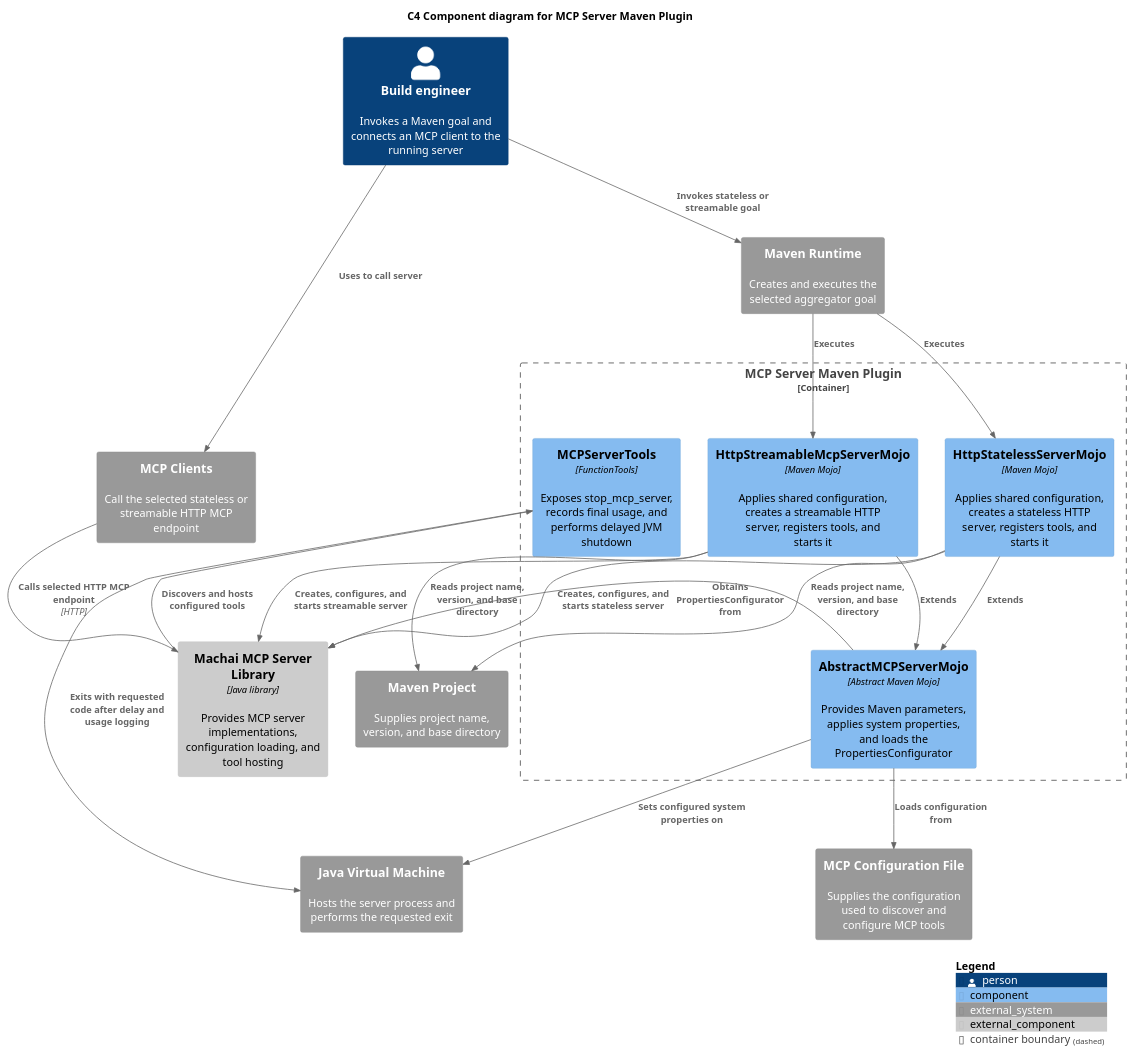
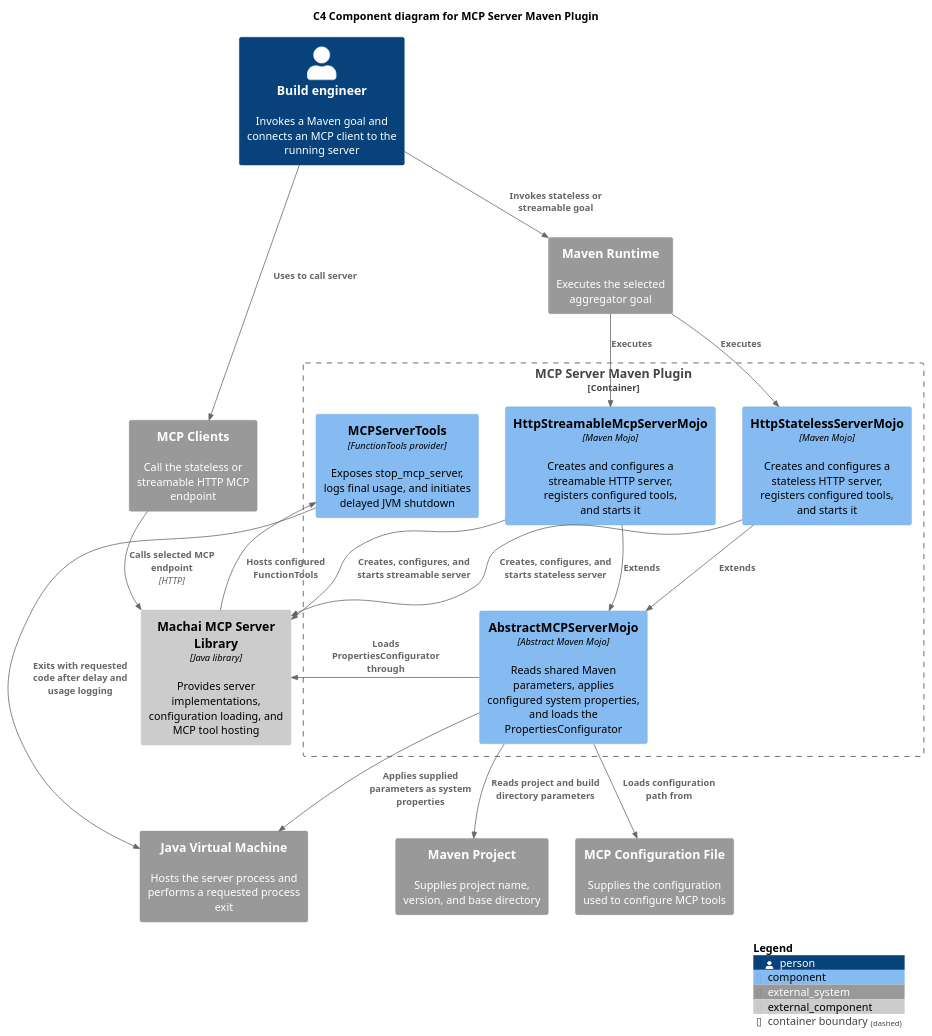
Before and after one commit to machanism-org/mcp-server-maven-plugin: the diagram in src/site/puml/c4-diagram.puml, drawn with PlantUML.

Commit message:
docs: clarify C4 component diagram responsibilities
The diagram now shows each Mojo reading Maven project metadata and identifies the MCP library as the host for the configured FunctionTools.

```diff
--- a/src/site/puml/c4-diagram.puml
+++ b/src/site/puml/c4-diagram.puml
@@ -10,40 +10,39 @@
 @startuml
 !includeurl https://raw.githubusercontent.com/plantuml-stdlib/C4-PlantUML/master/C4_Component.puml
 
 LAYOUT_TOP_DOWN()
 title C4 Component diagram for MCP Server Maven Plugin
 
 Person(developer, "Build engineer", "Invokes a Maven goal and connects an MCP client to the running server")
-System_Ext(maven, "Maven Runtime", "Creates and executes the selected aggregator goal")
+System_Ext(maven, "Maven Runtime", "Executes the selected aggregator goal")
 System_Ext(mavenProject, "Maven Project", "Supplies project name, version, and base directory")
-System_Ext(mcpConfigFile, "MCP Configuration File", "Supplies the configuration used to discover and configure MCP tools")
-System_Ext(mcpClients, "MCP Clients", "Call the selected stateless or streamable HTTP MCP endpoint")
-Component_Ext(mcpLibrary, "Machai MCP Server Library", "Java library", "Provides MCP server implementations, configuration loading, and tool hosting")
-System_Ext(jvm, "Java Virtual Machine", "Hosts the server process and performs the requested exit")
+System_Ext(mcpConfigFile, "MCP Configuration File", "Supplies the configuration used to configure MCP tools")
+System_Ext(mcpClients, "MCP Clients", "Call the stateless or streamable HTTP MCP endpoint")
+Component_Ext(mcpLibrary, "Machai MCP Server Library", "Java library", "Provides server implementations, configuration loading, and MCP tool hosting")
+System_Ext(jvm, "Java Virtual Machine", "Hosts the server process and performs a requested process exit")
 
 Container_Boundary(plugin, "MCP Server Maven Plugin") {
-  Component(statelessMojo, "HttpStatelessServerMojo", "Maven Mojo", "Applies shared configuration, creates a stateless HTTP server, registers tools, and starts it")
-  Component(streamableMojo, "HttpStreamableMcpServerMojo", "Maven Mojo", "Applies shared configuration, creates a streamable HTTP server, registers tools, and starts it")
-  Component(abstractMojo, "AbstractMCPServerMojo", "Abstract Maven Mojo", "Provides Maven parameters, applies system properties, and loads the PropertiesConfigurator")
-  Component(serverTools, "MCPServerTools", "FunctionTools", "Exposes stop_mcp_server, records final usage, and performs delayed JVM shutdown")
+  Component(abstractMojo, "AbstractMCPServerMojo", "Abstract Maven Mojo", "Reads shared Maven parameters, applies configured system properties, and loads the PropertiesConfigurator")
+  Component(statelessMojo, "HttpStatelessServerMojo", "Maven Mojo", "Creates and configures a stateless HTTP server, registers configured tools, and starts it")
+  Component(streamableMojo, "HttpStreamableMcpServerMojo", "Maven Mojo", "Creates and configures a streamable HTTP server, registers configured tools, and starts it")
+  Component(serverTools, "MCPServerTools", "FunctionTools provider", "Exposes stop_mcp_server, logs final usage, and initiates delayed JVM shutdown")
 }
 
 Rel(developer, maven, "Invokes stateless or streamable goal")
 Rel(developer, mcpClients, "Uses to call server")
 Rel(maven, statelessMojo, "Executes")
 Rel(maven, streamableMojo, "Executes")
 Rel(statelessMojo, abstractMojo, "Extends")
 Rel(streamableMojo, abstractMojo, "Extends")
-Rel(statelessMojo, mavenProject, "Reads project name, version, and base directory")
-Rel(streamableMojo, mavenProject, "Reads project name, version, and base directory")
-Rel(abstractMojo, mcpConfigFile, "Loads configuration from")
-Rel(abstractMojo, mcpLibrary, "Obtains PropertiesConfigurator from")
-Rel(abstractMojo, jvm, "Sets configured system properties on")
+Rel(abstractMojo, mavenProject, "Reads project and build directory parameters")
+Rel(abstractMojo, mcpConfigFile, "Loads configuration path from")
+Rel(abstractMojo, mcpLibrary, "Loads PropertiesConfigurator through")
+Rel(abstractMojo, jvm, "Applies supplied parameters as system properties")
 Rel(statelessMojo, mcpLibrary, "Creates, configures, and starts stateless server")
 Rel(streamableMojo, mcpLibrary, "Creates, configures, and starts streamable server")
-Rel(mcpLibrary, serverTools, "Discovers and hosts configured tools")
-Rel(mcpClients, mcpLibrary, "Calls selected HTTP MCP endpoint", "HTTP")
+Rel(mcpLibrary, serverTools, "Hosts configured FunctionTools")
+Rel(mcpClients, mcpLibrary, "Calls selected MCP endpoint", "HTTP")
 Rel(serverTools, jvm, "Exits with requested code after delay and usage logging")
 
 SHOW_LEGEND()
 @enduml
```
